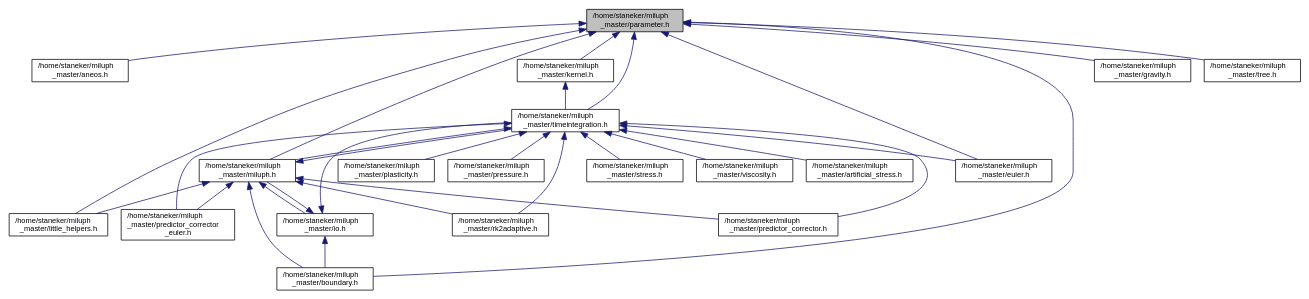
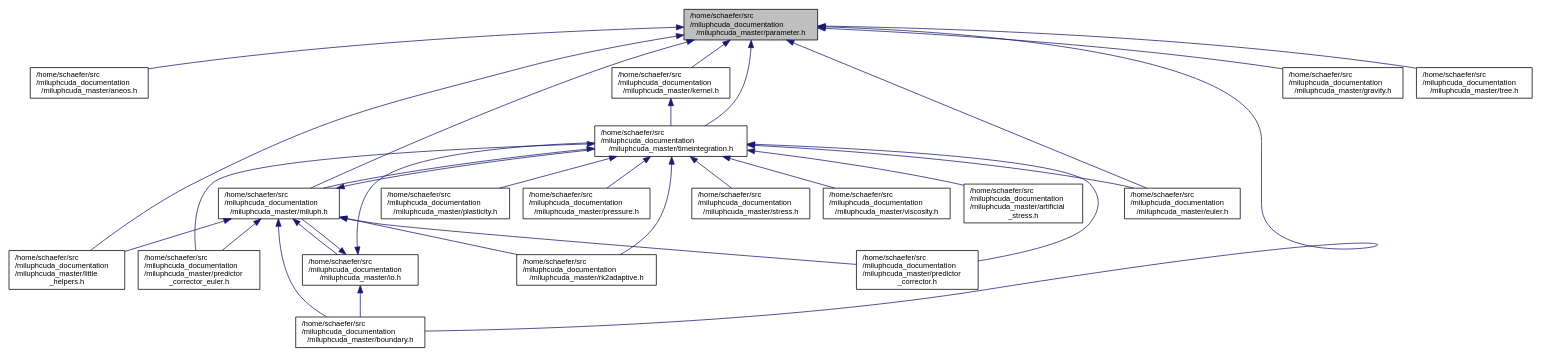
Before and after one commit to christophmschaefer/miluphcuda: the diagram in docs/parameter_8h__dep__incl.dot, drawn with Graphviz. The commit also changed 272 other files, not shown here.

```diff
--- a/docs/parameter_8h__dep__incl.dot
+++ b/docs/parameter_8h__dep__incl.dot
@@ -1,54 +1,54 @@
-digraph "/home/staneker/miluph_master/parameter.h"
+digraph "/home/schaefer/src/miluphcuda_documentation/miluphcuda_master/parameter.h"
 {
   edge [fontname="Helvetica",fontsize="10",labelfontname="Helvetica",labelfontsize="10"];
   node [fontname="Helvetica",fontsize="10",shape=record];
-  Node1 [label="/home/staneker/miluph\l_master/parameter.h",height=0.2,width=0.4,color="black", fillcolor="grey75", style="filled", fontcolor="black"];
+  Node1 [label="/home/schaefer/src\l/miluphcuda_documentation\l/miluphcuda_master/parameter.h",height=0.2,width=0.4,color="black", fillcolor="grey75", style="filled", fontcolor="black"];
   Node1 -> Node2 [dir="back",color="midnightblue",fontsize="10",style="solid",fontname="Helvetica"];
-  Node2 [label="/home/staneker/miluph\l_master/aneos.h",height=0.2,width=0.4,color="black", fillcolor="white", style="filled",URL="$aneos_8h.html"];
+  Node2 [label="/home/schaefer/src\l/miluphcuda_documentation\l/miluphcuda_master/aneos.h",height=0.2,width=0.4,color="black", fillcolor="white", style="filled",URL="$aneos_8h.html"];
   Node1 -> Node3 [dir="back",color="midnightblue",fontsize="10",style="solid",fontname="Helvetica"];
-  Node3 [label="/home/staneker/miluph\l_master/timeintegration.h",height=0.2,width=0.4,color="black", fillcolor="white", style="filled",URL="$timeintegration_8h.html"];
+  Node3 [label="/home/schaefer/src\l/miluphcuda_documentation\l/miluphcuda_master/timeintegration.h",height=0.2,width=0.4,color="black", fillcolor="white", style="filled",URL="$timeintegration_8h.html"];
   Node3 -> Node4 [dir="back",color="midnightblue",fontsize="10",style="solid",fontname="Helvetica"];
-  Node4 [label="/home/staneker/miluph\l_master/artificial_stress.h",height=0.2,width=0.4,color="black", fillcolor="white", style="filled",URL="$artificial__stress_8h.html"];
+  Node4 [label="/home/schaefer/src\l/miluphcuda_documentation\l/miluphcuda_master/artificial\l_stress.h",height=0.2,width=0.4,color="black", fillcolor="white", style="filled",URL="$artificial__stress_8h.html"];
   Node3 -> Node5 [dir="back",color="midnightblue",fontsize="10",style="solid",fontname="Helvetica"];
-  Node5 [label="/home/staneker/miluph\l_master/miluph.h",height=0.2,width=0.4,color="black", fillcolor="white", style="filled",URL="$miluph_8h.html"];
+  Node5 [label="/home/schaefer/src\l/miluphcuda_documentation\l/miluphcuda_master/miluph.h",height=0.2,width=0.4,color="black", fillcolor="white", style="filled",URL="$miluph_8h.html"];
   Node5 -> Node3 [dir="back",color="midnightblue",fontsize="10",style="solid",fontname="Helvetica"];
   Node5 -> Node6 [dir="back",color="midnightblue",fontsize="10",style="solid",fontname="Helvetica"];
-  Node6 [label="/home/staneker/miluph\l_master/io.h",height=0.2,width=0.4,color="black", fillcolor="white", style="filled",URL="$io_8h.html"];
+  Node6 [label="/home/schaefer/src\l/miluphcuda_documentation\l/miluphcuda_master/io.h",height=0.2,width=0.4,color="black", fillcolor="white", style="filled",URL="$io_8h.html"];
   Node6 -> Node5 [dir="back",color="midnightblue",fontsize="10",style="solid",fontname="Helvetica"];
   Node6 -> Node3 [dir="back",color="midnightblue",fontsize="10",style="solid",fontname="Helvetica"];
   Node6 -> Node7 [dir="back",color="midnightblue",fontsize="10",style="solid",fontname="Helvetica"];
-  Node7 [label="/home/staneker/miluph\l_master/boundary.h",height=0.2,width=0.4,color="black", fillcolor="white", style="filled",URL="$boundary_8h.html"];
+  Node7 [label="/home/schaefer/src\l/miluphcuda_documentation\l/miluphcuda_master/boundary.h",height=0.2,width=0.4,color="black", fillcolor="white", style="filled",URL="$boundary_8h.html"];
   Node5 -> Node7 [dir="back",color="midnightblue",fontsize="10",style="solid",fontname="Helvetica"];
   Node5 -> Node8 [dir="back",color="midnightblue",fontsize="10",style="solid",fontname="Helvetica"];
-  Node8 [label="/home/staneker/miluph\l_master/little_helpers.h",height=0.2,width=0.4,color="black", fillcolor="white", style="filled",URL="$little__helpers_8h.html"];
+  Node8 [label="/home/schaefer/src\l/miluphcuda_documentation\l/miluphcuda_master/little\l_helpers.h",height=0.2,width=0.4,color="black", fillcolor="white", style="filled",URL="$little__helpers_8h.html"];
   Node5 -> Node9 [dir="back",color="midnightblue",fontsize="10",style="solid",fontname="Helvetica"];
-  Node9 [label="/home/staneker/miluph\l_master/predictor_corrector.h",height=0.2,width=0.4,color="black", fillcolor="white", style="filled",URL="$predictor__corrector_8h.html"];
+  Node9 [label="/home/schaefer/src\l/miluphcuda_documentation\l/miluphcuda_master/predictor\l_corrector.h",height=0.2,width=0.4,color="black", fillcolor="white", style="filled",URL="$predictor__corrector_8h.html"];
   Node5 -> Node10 [dir="back",color="midnightblue",fontsize="10",style="solid",fontname="Helvetica"];
-  Node10 [label="/home/staneker/miluph\l_master/predictor_corrector\l_euler.h",height=0.2,width=0.4,color="black", fillcolor="white", style="filled",URL="$predictor__corrector__euler_8h.html"];
+  Node10 [label="/home/schaefer/src\l/miluphcuda_documentation\l/miluphcuda_master/predictor\l_corrector_euler.h",height=0.2,width=0.4,color="black", fillcolor="white", style="filled",URL="$predictor__corrector__euler_8h.html"];
   Node5 -> Node11 [dir="back",color="midnightblue",fontsize="10",style="solid",fontname="Helvetica"];
-  Node11 [label="/home/staneker/miluph\l_master/rk2adaptive.h",height=0.2,width=0.4,color="black", fillcolor="white", style="filled",URL="$rk2adaptive_8h.html"];
+  Node11 [label="/home/schaefer/src\l/miluphcuda_documentation\l/miluphcuda_master/rk2adaptive.h",height=0.2,width=0.4,color="black", fillcolor="white", style="filled",URL="$rk2adaptive_8h.html"];
   Node3 -> Node12 [dir="back",color="midnightblue",fontsize="10",style="solid",fontname="Helvetica"];
-  Node12 [label="/home/staneker/miluph\l_master/euler.h",height=0.2,width=0.4,color="black", fillcolor="white", style="filled",URL="$euler_8h.html"];
+  Node12 [label="/home/schaefer/src\l/miluphcuda_documentation\l/miluphcuda_master/euler.h",height=0.2,width=0.4,color="black", fillcolor="white", style="filled",URL="$euler_8h.html"];
   Node3 -> Node13 [dir="back",color="midnightblue",fontsize="10",style="solid",fontname="Helvetica"];
-  Node13 [label="/home/staneker/miluph\l_master/plasticity.h",height=0.2,width=0.4,color="black", fillcolor="white", style="filled",URL="$plasticity_8h.html"];
+  Node13 [label="/home/schaefer/src\l/miluphcuda_documentation\l/miluphcuda_master/plasticity.h",height=0.2,width=0.4,color="black", fillcolor="white", style="filled",URL="$plasticity_8h.html"];
   Node3 -> Node9 [dir="back",color="midnightblue",fontsize="10",style="solid",fontname="Helvetica"];
   Node3 -> Node10 [dir="back",color="midnightblue",fontsize="10",style="solid",fontname="Helvetica"];
   Node3 -> Node14 [dir="back",color="midnightblue",fontsize="10",style="solid",fontname="Helvetica"];
-  Node14 [label="/home/staneker/miluph\l_master/pressure.h",height=0.2,width=0.4,color="black", fillcolor="white", style="filled",URL="$pressure_8h.html"];
+  Node14 [label="/home/schaefer/src\l/miluphcuda_documentation\l/miluphcuda_master/pressure.h",height=0.2,width=0.4,color="black", fillcolor="white", style="filled",URL="$pressure_8h.html"];
   Node3 -> Node11 [dir="back",color="midnightblue",fontsize="10",style="solid",fontname="Helvetica"];
   Node3 -> Node15 [dir="back",color="midnightblue",fontsize="10",style="solid",fontname="Helvetica"];
-  Node15 [label="/home/staneker/miluph\l_master/stress.h",height=0.2,width=0.4,color="black", fillcolor="white", style="filled",URL="$stress_8h.html"];
+  Node15 [label="/home/schaefer/src\l/miluphcuda_documentation\l/miluphcuda_master/stress.h",height=0.2,width=0.4,color="black", fillcolor="white", style="filled",URL="$stress_8h.html"];
   Node3 -> Node16 [dir="back",color="midnightblue",fontsize="10",style="solid",fontname="Helvetica"];
-  Node16 [label="/home/staneker/miluph\l_master/viscosity.h",height=0.2,width=0.4,color="black", fillcolor="white", style="filled",URL="$viscosity_8h.html"];
+  Node16 [label="/home/schaefer/src\l/miluphcuda_documentation\l/miluphcuda_master/viscosity.h",height=0.2,width=0.4,color="black", fillcolor="white", style="filled",URL="$viscosity_8h.html"];
   Node1 -> Node5 [dir="back",color="midnightblue",fontsize="10",style="solid",fontname="Helvetica"];
   Node1 -> Node17 [dir="back",color="midnightblue",fontsize="10",style="solid",fontname="Helvetica"];
-  Node17 [label="/home/staneker/miluph\l_master/kernel.h",height=0.2,width=0.4,color="black", fillcolor="white", style="filled",URL="$kernel_8h.html"];
+  Node17 [label="/home/schaefer/src\l/miluphcuda_documentation\l/miluphcuda_master/kernel.h",height=0.2,width=0.4,color="black", fillcolor="white", style="filled",URL="$kernel_8h.html"];
   Node17 -> Node3 [dir="back",color="midnightblue",fontsize="10",style="solid",fontname="Helvetica"];
   Node1 -> Node7 [dir="back",color="midnightblue",fontsize="10",style="solid",fontname="Helvetica"];
   Node1 -> Node12 [dir="back",color="midnightblue",fontsize="10",style="solid",fontname="Helvetica"];
   Node1 -> Node18 [dir="back",color="midnightblue",fontsize="10",style="solid",fontname="Helvetica"];
-  Node18 [label="/home/staneker/miluph\l_master/gravity.h",height=0.2,width=0.4,color="black", fillcolor="white", style="filled",URL="$gravity_8h.html"];
+  Node18 [label="/home/schaefer/src\l/miluphcuda_documentation\l/miluphcuda_master/gravity.h",height=0.2,width=0.4,color="black", fillcolor="white", style="filled",URL="$gravity_8h.html"];
   Node1 -> Node8 [dir="back",color="midnightblue",fontsize="10",style="solid",fontname="Helvetica"];
   Node1 -> Node19 [dir="back",color="midnightblue",fontsize="10",style="solid",fontname="Helvetica"];
-  Node19 [label="/home/staneker/miluph\l_master/tree.h",height=0.2,width=0.4,color="black", fillcolor="white", style="filled",URL="$tree_8h.html"];
+  Node19 [label="/home/schaefer/src\l/miluphcuda_documentation\l/miluphcuda_master/tree.h",height=0.2,width=0.4,color="black", fillcolor="white", style="filled",URL="$tree_8h.html"];
 }
```
